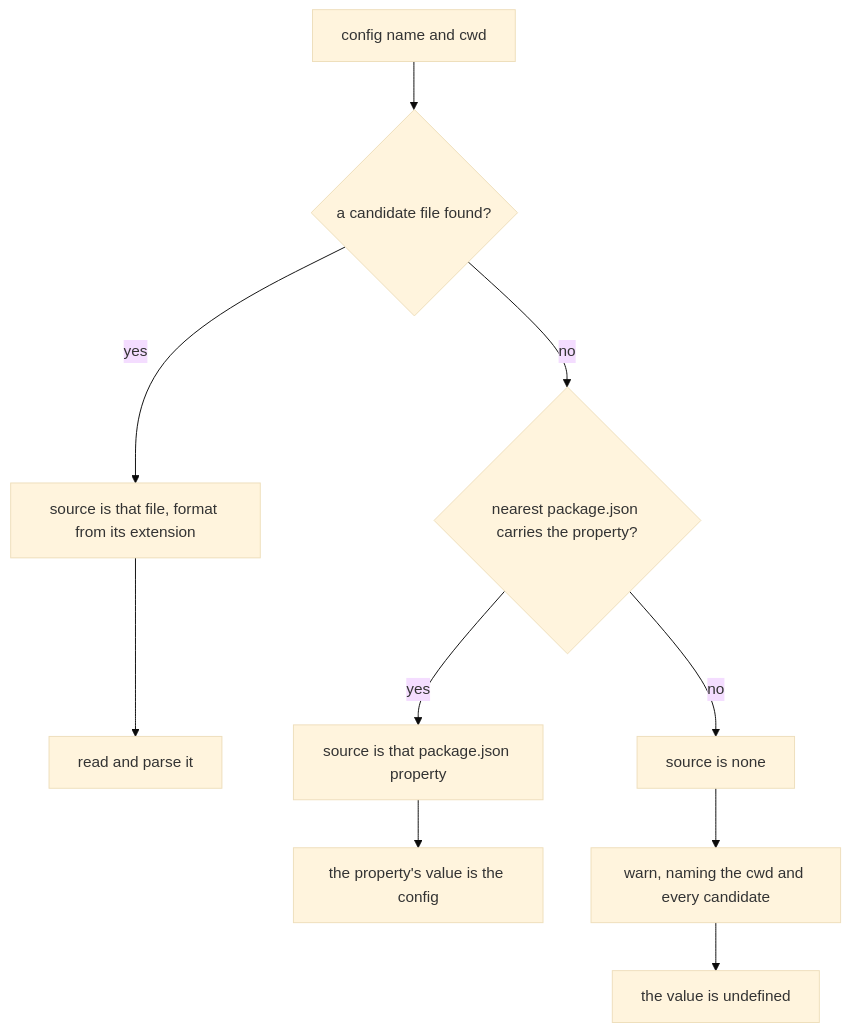
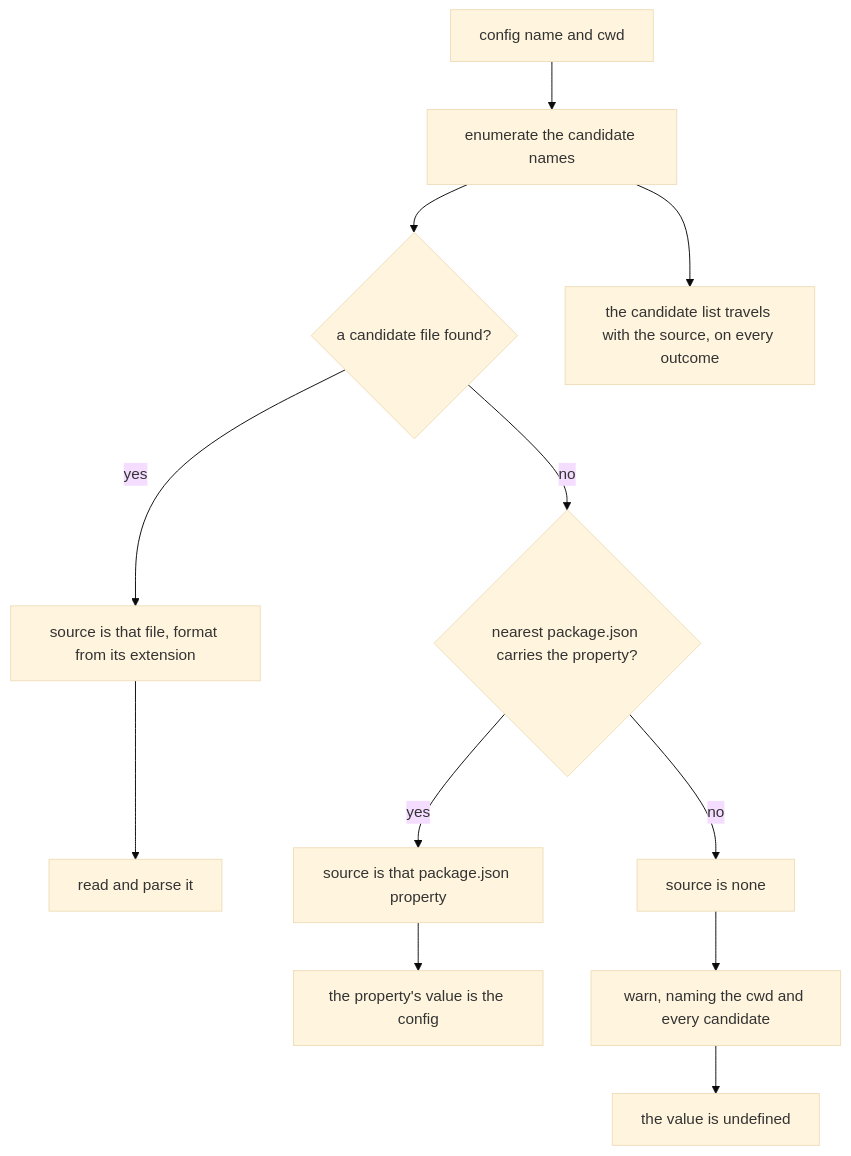
One commit to clibuilder/clibuilder changed the third of 5 diagrams in packages/clibuilder/.agents/spec/configuration/README.md. Above: the diagram before and after it, drawn with Mermaid (base theme). The commit also changed other lines of this file and 3 other files, not shown here.

````diff
--- a/packages/clibuilder/.agents/spec/configuration/README.md
+++ b/packages/clibuilder/.agents/spec/configuration/README.md
@@ -228,8 +228,9 @@
 ```mermaid
 graph TD
-  L[config name and cwd] --> F{a candidate file found?}
+  L[config name and cwd] --> CN[enumerate the candidate names] --> F{a candidate file found?}
+  CN --> CARR[the candidate list travels with the source, on every outcome]
   F -- yes --> FS[source is that file, format from its extension] --> RF[read and parse it]
   F -- no --> PJ{nearest package.json carries the property?}
   PJ -- yes --> PS[source is that package.json property] --> RV[the property's value is the config]
   PJ -- no --> NS[source is none] --> WARN[warn, naming the cwd and every candidate] --> UNDEF[the value is undefined]
 ```
````
